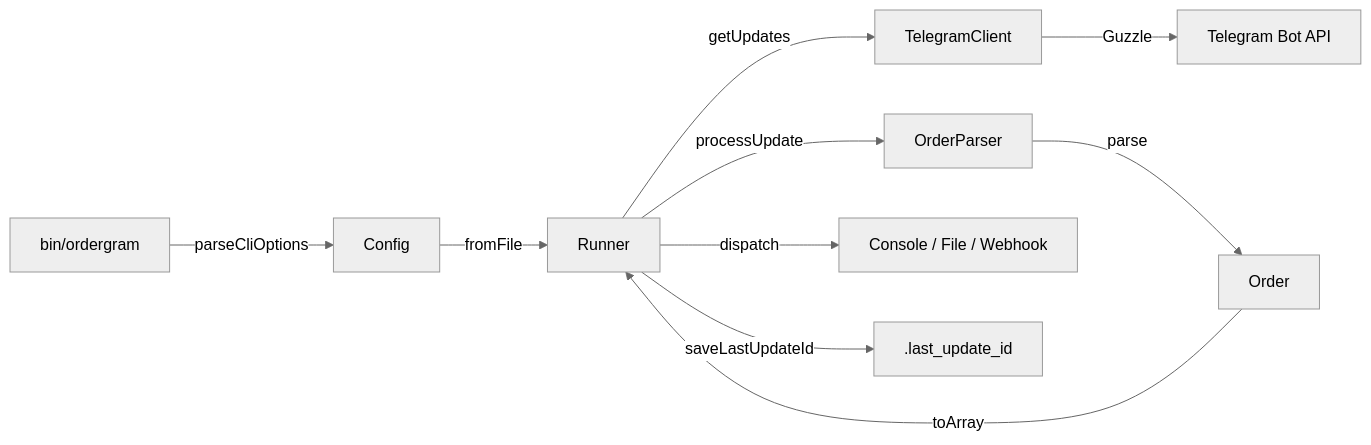
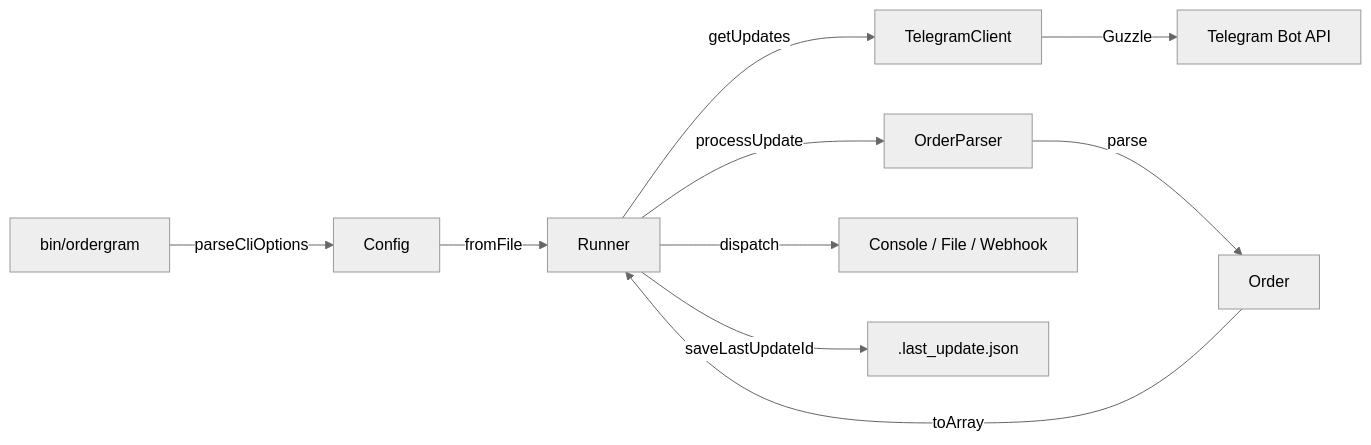
Before and after one commit to ajendras/ordergram: the diagram in README.md, drawn with Mermaid (neutral theme). The commit also changed other lines of this file and 4 other files, not shown here.

Commit message:
feat(runner): persist last_update_id to JSON file

````diff
--- a/README.md
+++ b/README.md
@@ -155,12 +155,12 @@
 ```mermaid
 flowchart LR
     bin/ordergram --parseCliOptions--> Config
     Config --fromFile--> Runner
     Runner --getUpdates--> TelegramClient
     TelegramClient --Guzzle--> Telegram[Telegram Bot API]
     Runner --processUpdate--> OrderParser
     OrderParser --parse--> Order
     Order --toArray--> Runner
     Runner --dispatch--> Outputs[Console / File / Webhook]
-    Runner --saveLastUpdateId--> .last_update_id
+    Runner --saveLastUpdateId--> .last_update.json
 ```
````
